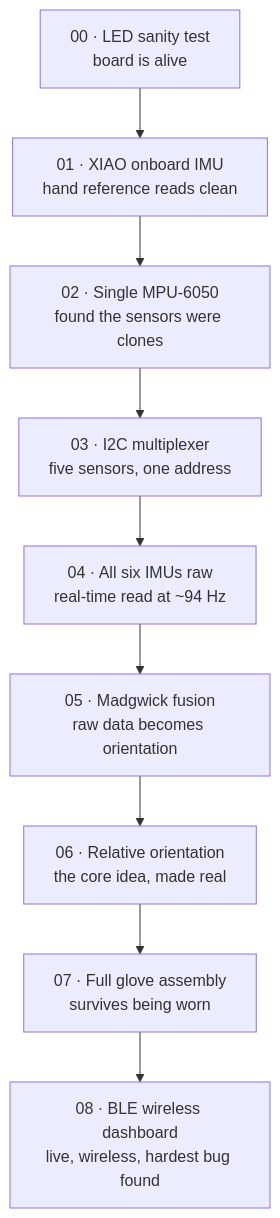
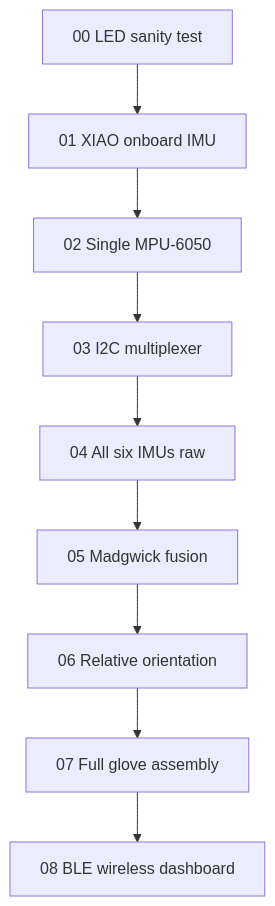
One commit to PiyushPapaya/Cheirograph changed the second of 2 diagrams in README.md. Above: the diagram before and after it, drawn with Mermaid. The commit also changed other lines of this file and 9 other files, not shown here.

First line of the commit message:
fix: simplify Mermaid diagrams so GitHub actually renders them, vary headings

````diff
--- a/README.md
+++ b/README.md
@@ -43,11 +34,11 @@
 ```mermaid
 flowchart TD
-    S00["00 · LED sanity test<br/>board is alive"] --> S01["01 · XIAO onboard IMU<br/>hand reference reads clean"]
-    S01 --> S02["02 · Single MPU-6050<br/>found the sensors were clones"]
-    S02 --> S03["03 · I2C multiplexer<br/>five sensors, one address"]
-    S03 --> S04["04 · All six IMUs raw<br/>real-time read at ~94 Hz"]
-    S04 --> S05["05 · Madgwick fusion<br/>raw data becomes orientation"]
-    S05 --> S06["06 · Relative orientation<br/>the core idea, made real"]
-    S06 --> S07["07 · Full glove assembly<br/>survives being worn"]
-    S07 --> S08["08 · BLE wireless dashboard<br/>live, wireless, hardest bug found"]
+    S00[00 LED sanity test] --> S01[01 XIAO onboard IMU]
+    S01 --> S02[02 Single MPU-6050]
+    S02 --> S03[03 I2C multiplexer]
+    S03 --> S04[04 All six IMUs raw]
+    S04 --> S05[05 Madgwick fusion]
+    S05 --> S06[06 Relative orientation]
+    S06 --> S07[07 Full glove assembly]
+    S07 --> S08[08 BLE wireless dashboard]
 ```
````
